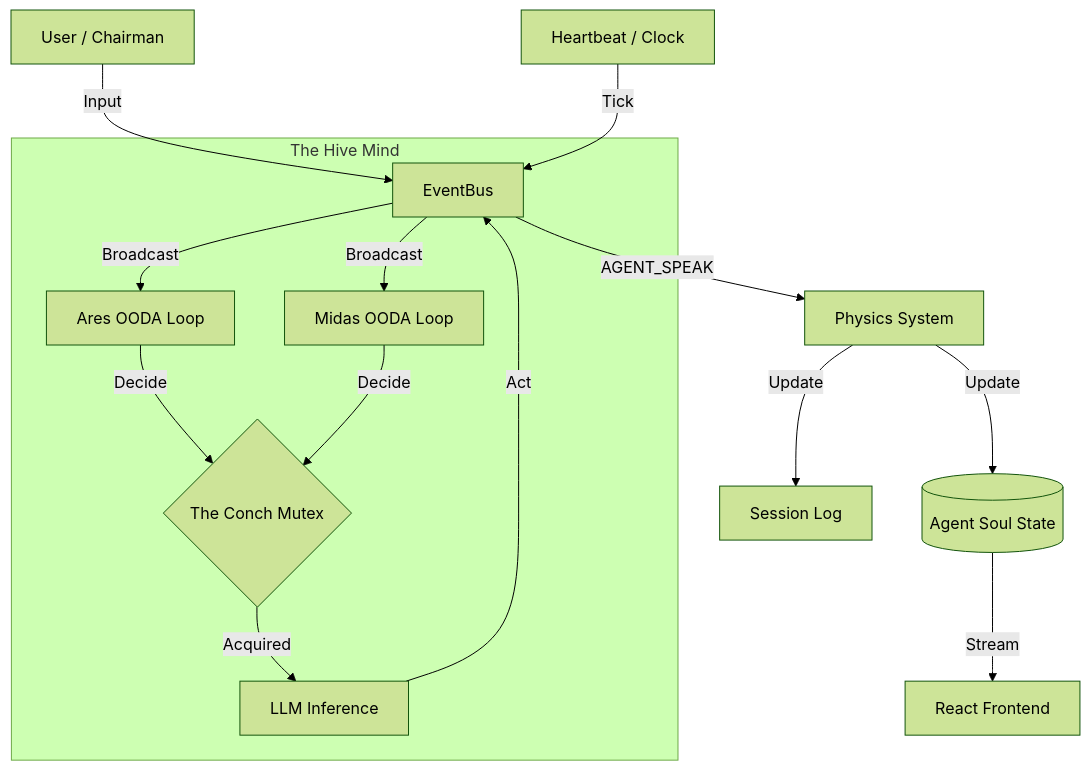
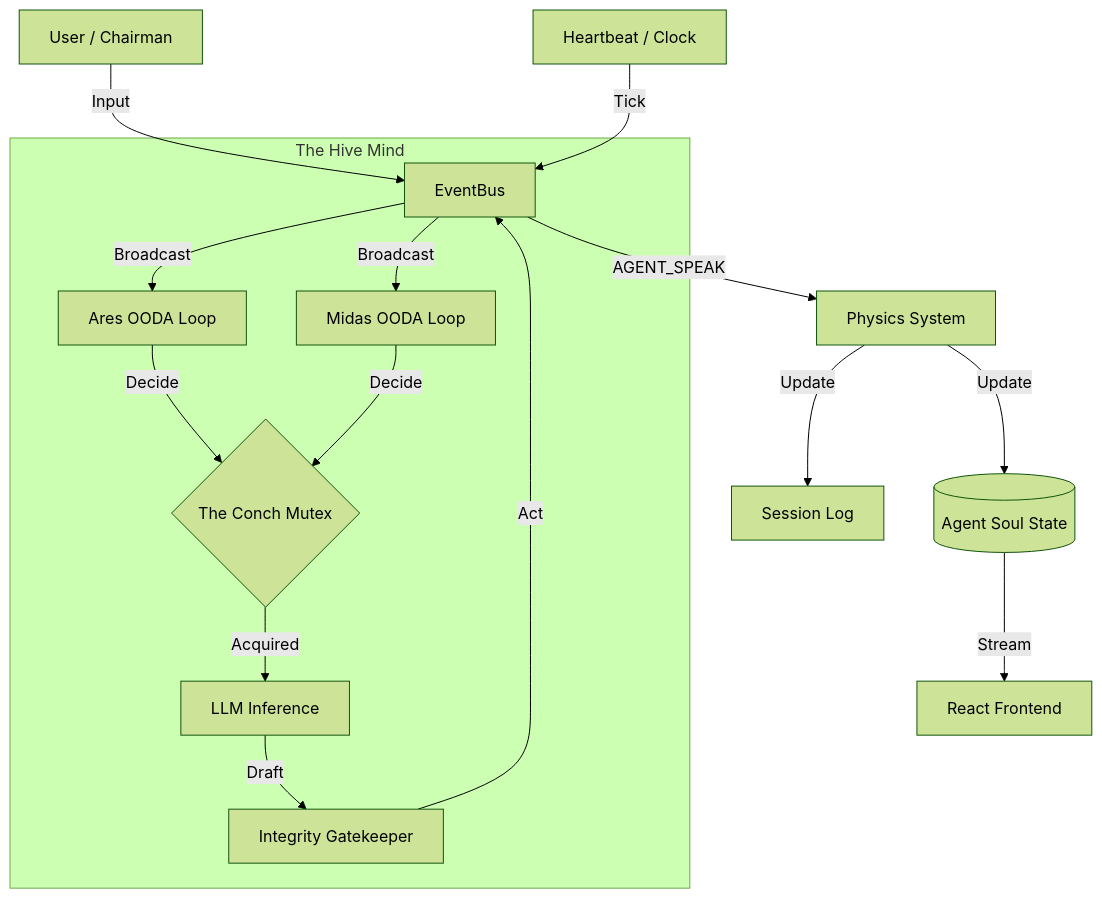
The diagram in README.md (hardikrawat/Iron-Council-v2.0), drawn with Mermaid (forest theme) before and after one commit. The commit also changed 7 other files, not shown here.

````diff
--- a/README.md
+++ b/README.md
@@ -15,22 +15,23 @@
 ```mermaid
 graph TD
     User[User / Chairman] -->|Input| EventBus
     Heartbeat[Heartbeat / Clock] -->|Tick| EventBus
     
     subgraph "The Hive Mind"
         EventBus -->|Broadcast| OODA_Ares[Ares OODA Loop]
         EventBus -->|Broadcast| OODA_Midas[Midas OODA Loop]
         
         OODA_Ares -->|Decide| Lock{The Conch Mutex}
         OODA_Midas -->|Decide| Lock
         
         Lock -->|Acquired| LLM[LLM Inference]
-        LLM -->|Act| EventBus
+        LLM -->|Draft| Integrity[Integrity Gatekeeper]
+        Integrity -->|Act| EventBus
     end
     
     EventBus -->|AGENT_SPEAK| PhysicsSystem[Physics System]
     PhysicsSystem -->|Update| State[(Agent Soul State)]
     PhysicsSystem -->|Update| Transcript[Session Log]
     
     State -->|Stream| UI[React Frontend]
 ```
````
